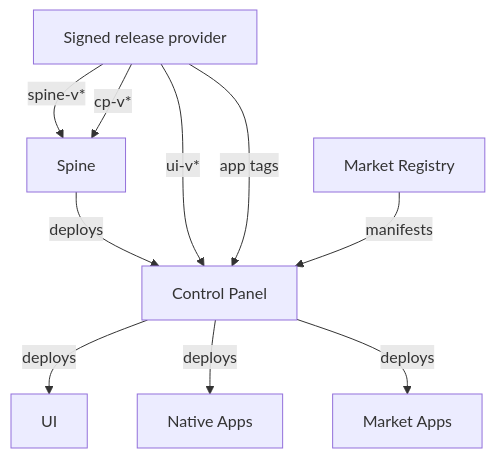
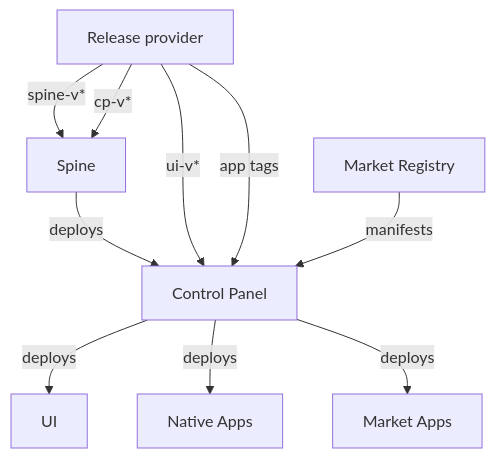
The fifth of 5 diagrams in docs/architecture.md (YouEye-Platform/YouEye), drawn with Mermaid before and after one commit. The commit also changed other lines of this file and 346 other files, not shown here.

````diff
--- a/docs/architecture.md
+++ b/docs/architecture.md
@@ -242,14 +242,14 @@
 ```mermaid
 graph TD
-    F[Signed release provider] -->|spine-v*| Spine
+    F[Release provider] -->|spine-v*| Spine
     F -->|cp-v*| Spine
     Spine -->|deploys| CP[Control Panel]
     
     F -->|ui-v*| CP
     F -->|app tags| CP
     CP -->|deploys| UI[UI]
     CP -->|deploys| Apps[Native Apps]
     
     Registry[Market Registry] -->|manifests| CP
     CP -->|deploys| MarketApps[Market Apps]
 ```
````
